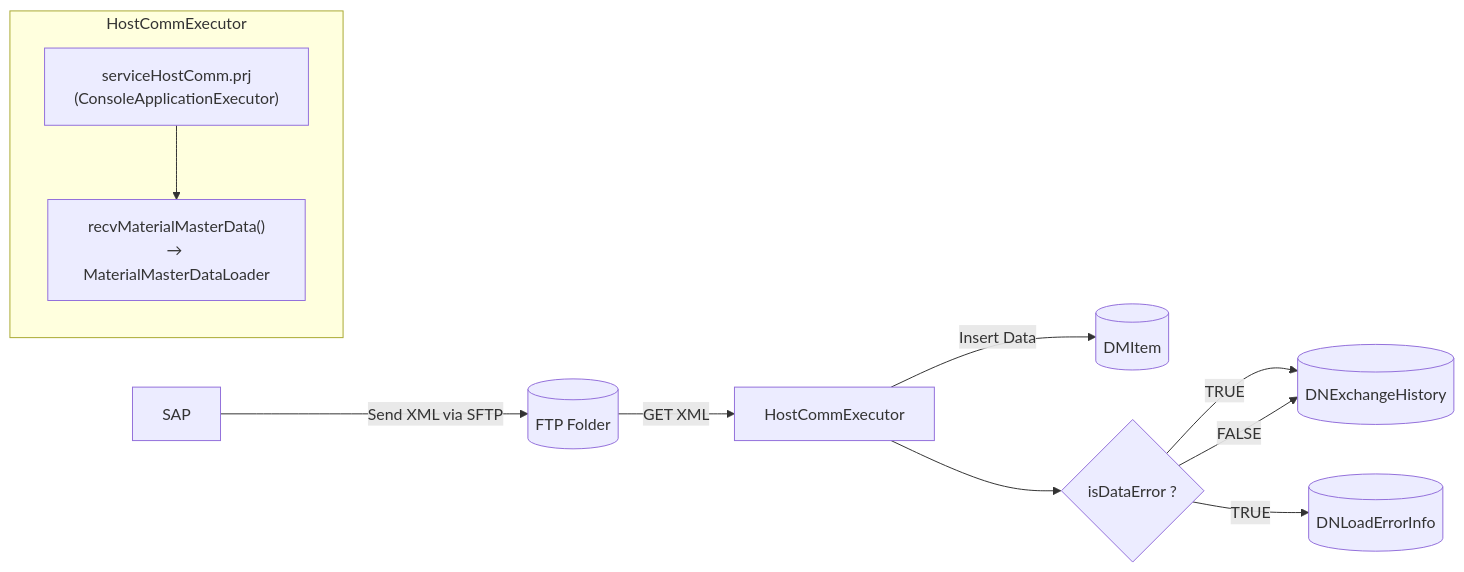
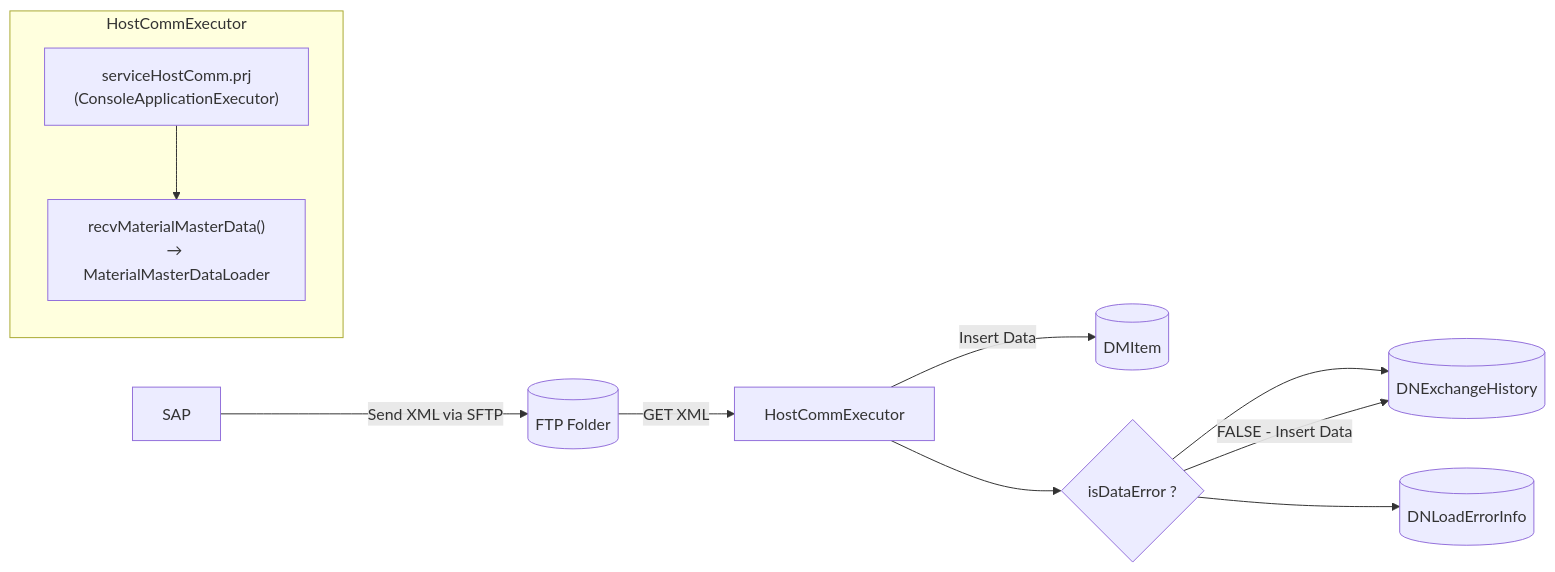
Before and after one commit to luthfiadityaa/SimeDarby-Wiki: the diagram in Basic-Design/Host-Interfaces/Material-Master-Data.md, drawn with Mermaid.

Commit message:
Updated Material Master Data

```diff
--- a/Basic-Design/Host-Interfaces/Material-Master-Data.md
+++ b/Basic-Design/Host-Interfaces/Material-Master-Data.md
@@ -11,16 +11,16 @@
 ::: mermaid
 flowchart LR
     A[SAP] -->|Send XML via SFTP| B[(FTP Folder)]
     B -->|GET XML| C[HostCommExecutor]
     C -->|Insert Data| E[(DMItem)]
     C --> Cond1{"isDataError ?"} 
-    Cond1 --> |TRUE| F[(DNExchangeHistory)]
-    Cond1 --> |TRUE| G[(DNLoadErrorInfo)]
-    Cond1 --> |FALSE| F
+    Cond1 --> F[(DNExchangeHistory)]
+    Cond1 --> G[(DNLoadErrorInfo)]
+    Cond1 --> |FALSE - Insert Data| F
 
     subgraph HostCommExecutor
         C1["serviceHostComm.prj<br>(ConsoleApplicationExecutor)"]
         C2["recvMaterialMasterData()<br>→ MaterialMasterDataLoader"]
         C1 --> C2
     end
 :::
```
